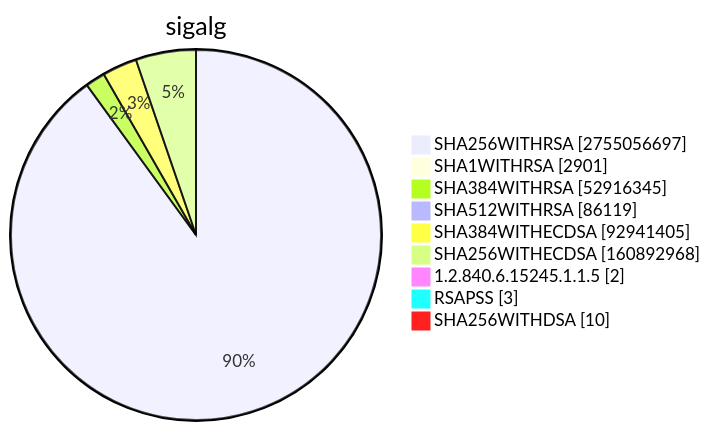
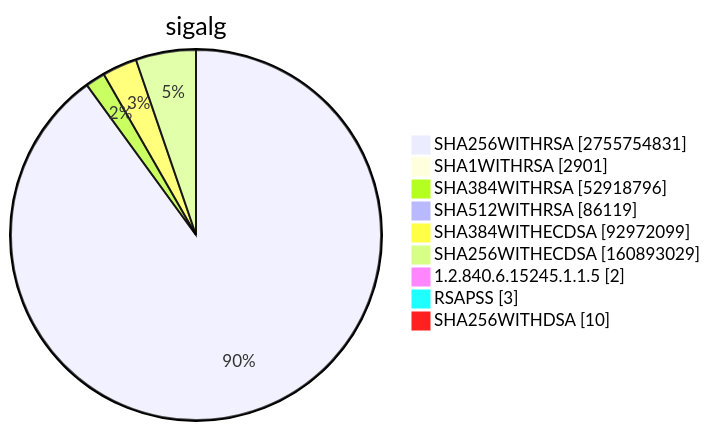
One commit to christiankrug/ctmonitor_visualization changed diagram 15 of 15 in TOTAL/README.md. Above: the diagram before and after it, drawn with Mermaid. The commit also changed other lines of this file, not shown here.

````diff
--- a/TOTAL/README.md
+++ b/TOTAL/README.md
@@ -6207,13 +6207,13 @@
 ```mermaid
 pie showData
 title sigalg
-"SHA256WITHRSA" :2755056697
+"SHA256WITHRSA" :2755754831
 "SHA1WITHRSA" :2901
-"SHA384WITHRSA" :52916345
+"SHA384WITHRSA" :52918796
 "SHA512WITHRSA" :86119
-"SHA384WITHECDSA" :92941405
-"SHA256WITHECDSA" :160892968
+"SHA384WITHECDSA" :92972099
+"SHA256WITHECDSA" :160893029
 "1.2.840.6.15245.1.1.5" :2
 "RSAPSS" :3
 "SHA256WITHDSA" :10
 ```
````
